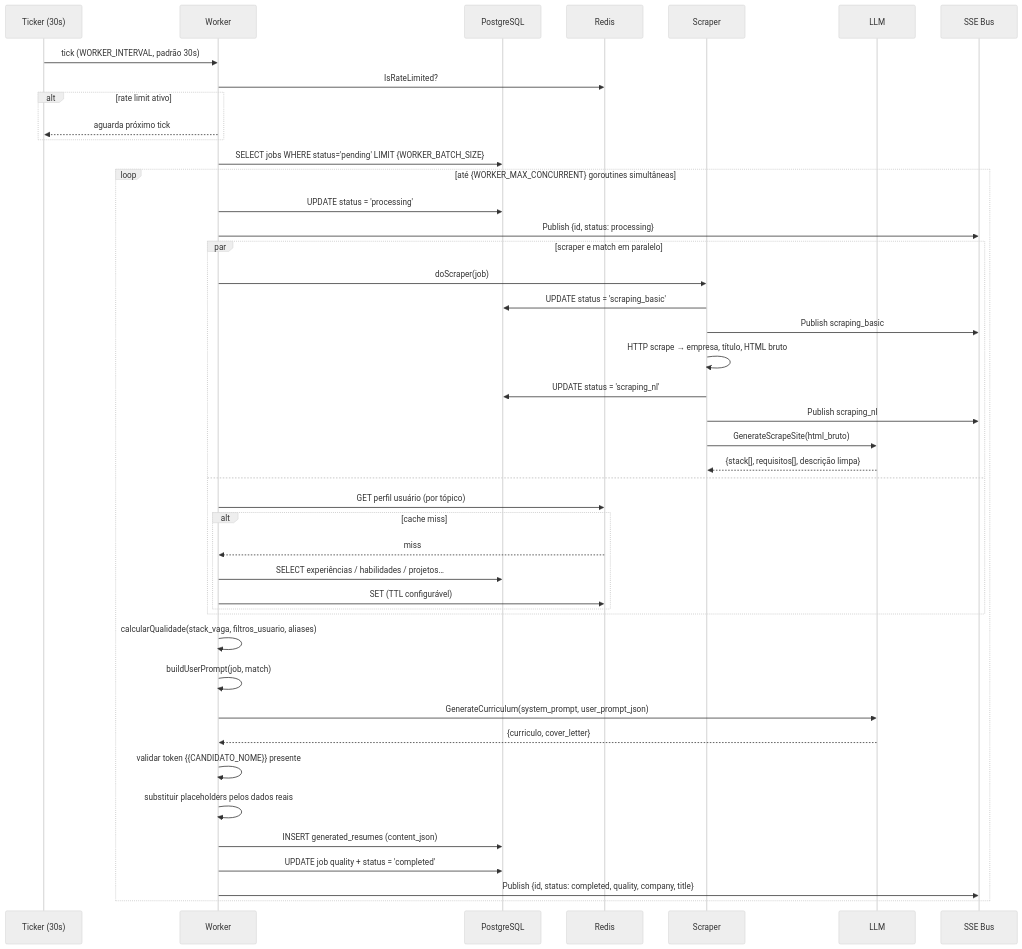
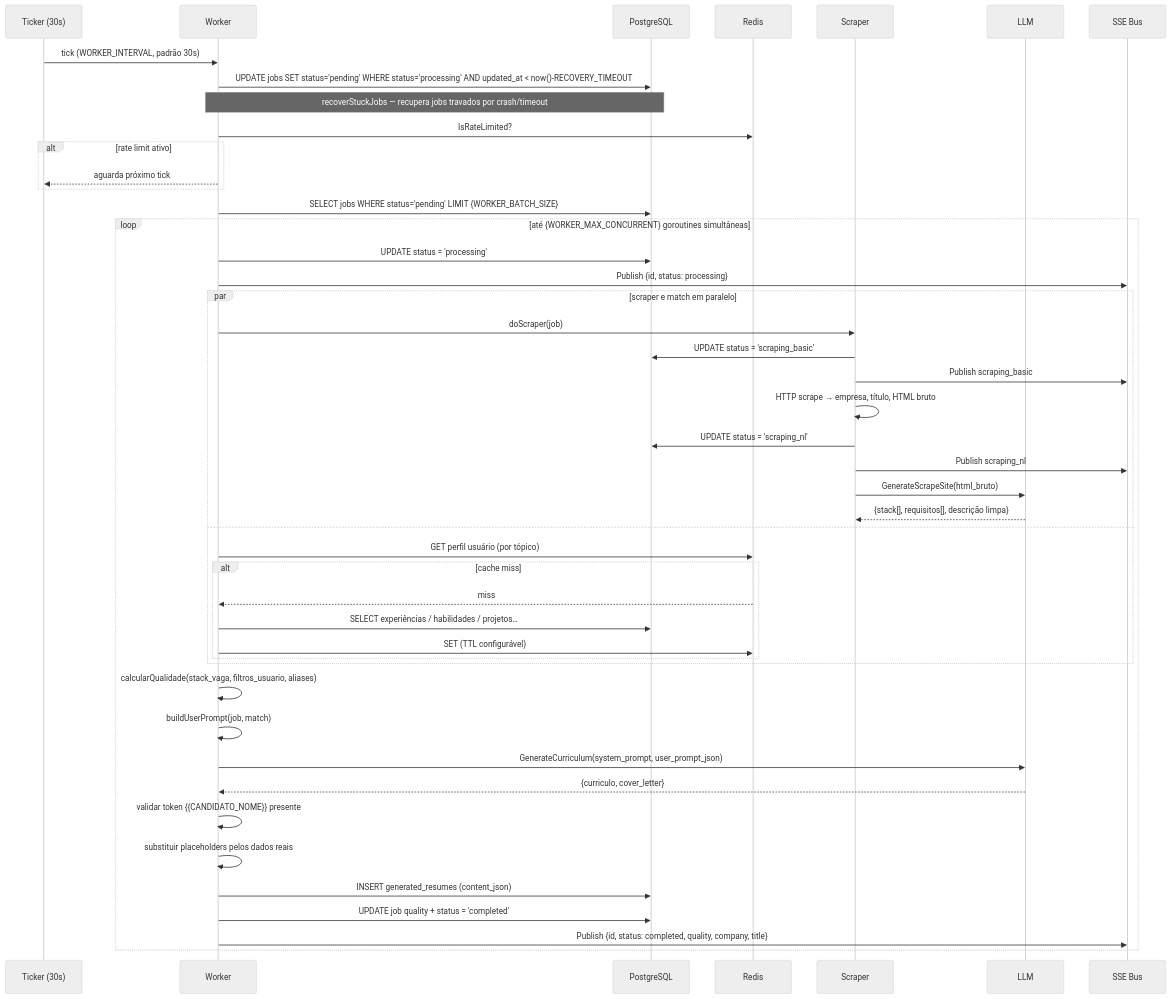
The second of 6 diagrams in README.md (ZeroPirata/jubilant-fishstick), drawn with Mermaid (neutral theme) before and after one commit. The commit also changed other lines of this file and 32 other files, not shown here.

````diff
--- a/README.md
+++ b/README.md
@@ -100,47 +103,49 @@
 ```mermaid
 sequenceDiagram
     participant Ticker as Ticker (30s)
     participant Worker
     participant DB as PostgreSQL
     participant Cache as Redis
     participant Scraper
     participant LLM
     participant SSE as SSE Bus
 
     Ticker->>Worker: tick (WORKER_INTERVAL, padrão 30s)
+    Worker->>DB: UPDATE jobs SET status='pending' WHERE status='processing' AND updated_at < now()-RECOVERY_TIMEOUT
+    Note over Worker,DB: recoverStuckJobs — recupera jobs travados por crash/timeout
     Worker->>Cache: IsRateLimited?
     alt rate limit ativo
         Worker-->>Ticker: aguarda próximo tick
     end
     Worker->>DB: SELECT jobs WHERE status='pending' LIMIT {WORKER_BATCH_SIZE}
     loop até {WORKER_MAX_CONCURRENT} goroutines simultâneas
         Worker->>DB: UPDATE status = 'processing'
         Worker->>SSE: Publish {id, status: processing}
         par scraper e match em paralelo
             Worker->>Scraper: doScraper(job)
             Scraper->>DB: UPDATE status = 'scraping_basic'
             Scraper->>SSE: Publish scraping_basic
             Scraper->>Scraper: HTTP scrape → empresa, título, HTML bruto
             Scraper->>DB: UPDATE status = 'scraping_nl'
             Scraper->>SSE: Publish scraping_nl
             Scraper->>LLM: GenerateScrapeSite(html_bruto)
             LLM-->>Scraper: {stack[], requisitos[], descrição limpa}
         and
             Worker->>Cache: GET perfil usuário (por tópico)
             alt cache miss
                 Cache-->>Worker: miss
                 Worker->>DB: SELECT experiências / habilidades / projetos…
                 Worker->>Cache: SET (TTL configurável)
             end
         end
         Worker->>Worker: calcularQualidade(stack_vaga, filtros_usuario, aliases)
         Worker->>Worker: buildUserPrompt(job, match)
         Worker->>LLM: GenerateCurriculum(system_prompt, user_prompt_json)
         LLM-->>Worker: {curriculo, cover_letter}
         Worker->>Worker: validar token {{CANDIDATO_NOME}} presente
         Worker->>Worker: substituir placeholders pelos dados reais
         Worker->>DB: INSERT generated_resumes (content_json)
         Worker->>DB: UPDATE job quality + status = 'completed'
         Worker->>SSE: Publish {id, status: completed, quality, company, title}
     end
 ```
````
